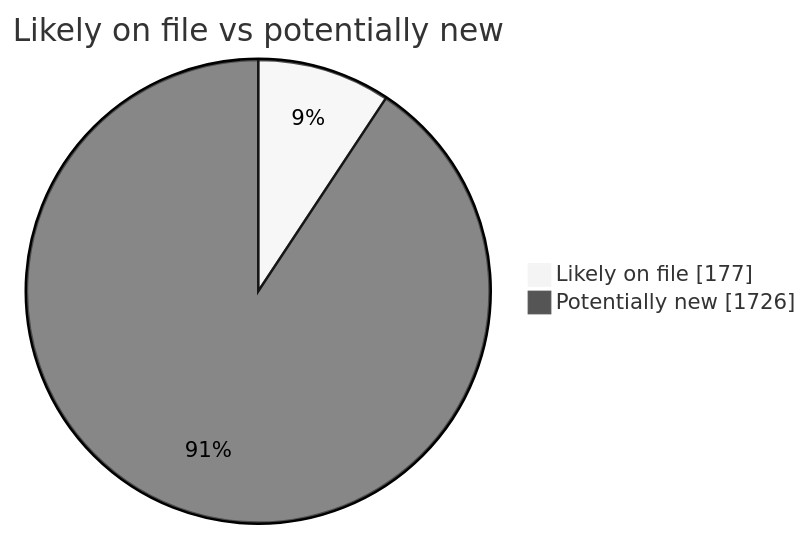
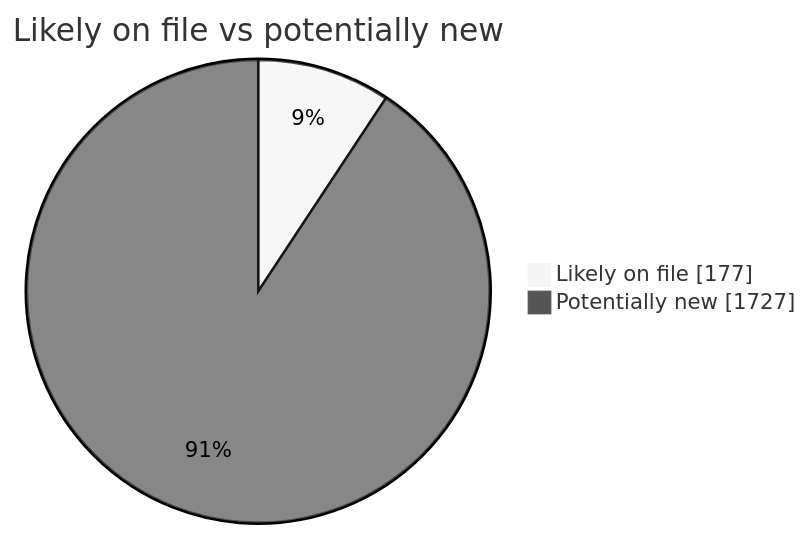
One commit to martinbalfanz/social-scanner-reports changed the second of 4 diagrams in README.md. Above: the diagram before and after it, drawn with Mermaid (neutral theme). The commit also changed other lines of this file and 4 other files, not shown here.

````diff
--- a/README.md
+++ b/README.md
@@ -40,5 +40,5 @@
 ```mermaid
 pie showData title Likely on file vs potentially new
     "Likely on file" : 177
-    "Potentially new" : 1726
+    "Potentially new" : 1727
 ```
````
